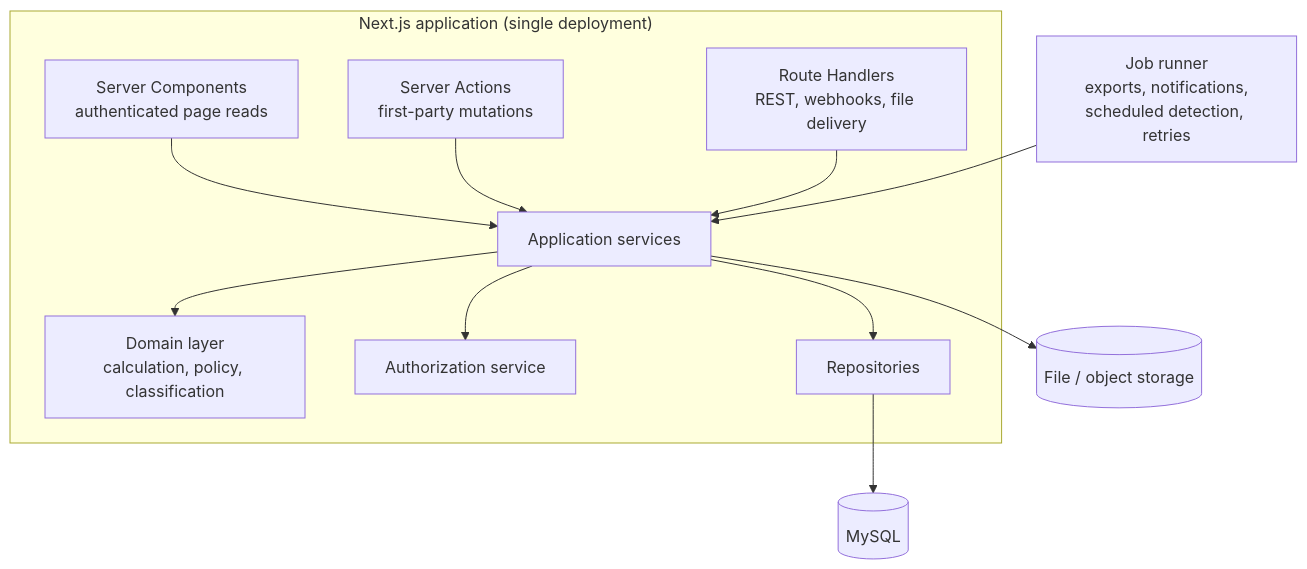
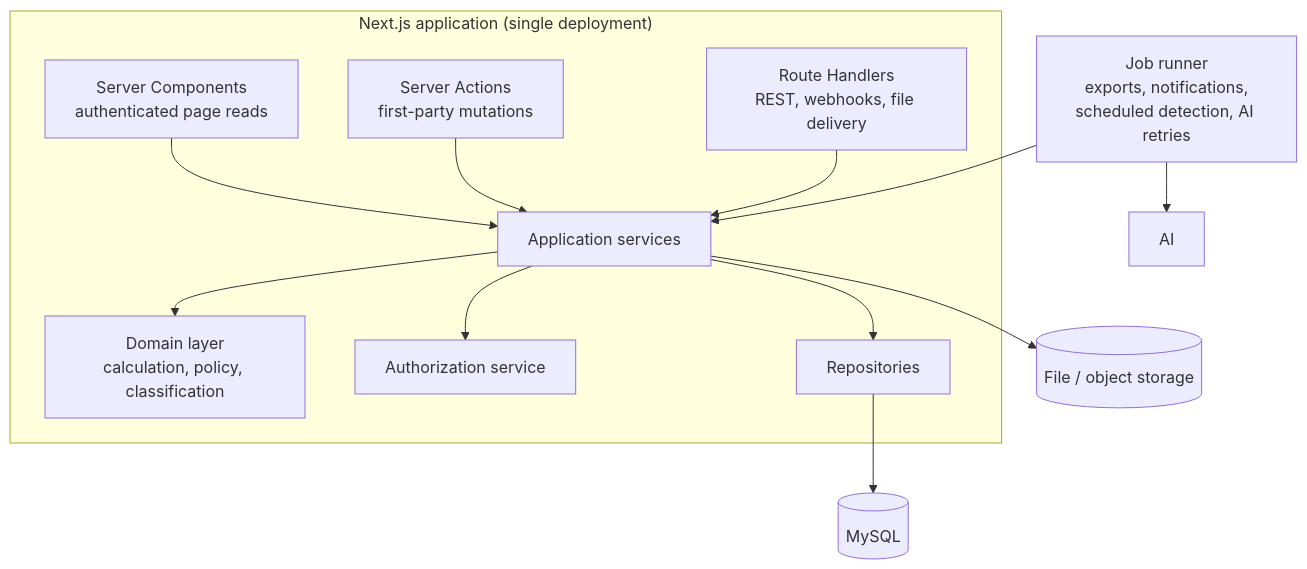
The second of 4 diagrams in docs/architecture.md (ongkon1/Office_Management_system), drawn with Mermaid before and after one commit. The commit also changed other lines of this file and 32 other files, not shown here.

````diff
--- a/docs/architecture.md
+++ b/docs/architecture.md
@@ -88,26 +91,27 @@
 ```mermaid
 graph TB
     subgraph app["Next.js application (single deployment)"]
         RSC["Server Components<br/>authenticated page reads"]
         SA["Server Actions<br/>first-party mutations"]
         RH["Route Handlers<br/>REST, webhooks, file delivery"]
         APP["Application services"]
         DOM["Domain layer<br/>calculation, policy, classification"]
         AUTHZ["Authorization service"]
         REPO["Repositories"]
     end
 
-    WORKER["Job runner<br/>exports, notifications,<br/>scheduled detection, retries"]
+    WORKER["Job runner<br/>exports, notifications,<br/>scheduled detection, AI retries"]
     DB[("MySQL")]
     FILES[("File / object storage")]
 
     RSC --> APP
     SA --> APP
     RH --> APP
     APP --> DOM
     APP --> AUTHZ
     APP --> REPO
     WORKER --> APP
+    WORKER --> AI
     REPO --> DB
     APP --> FILES
 ```
````
